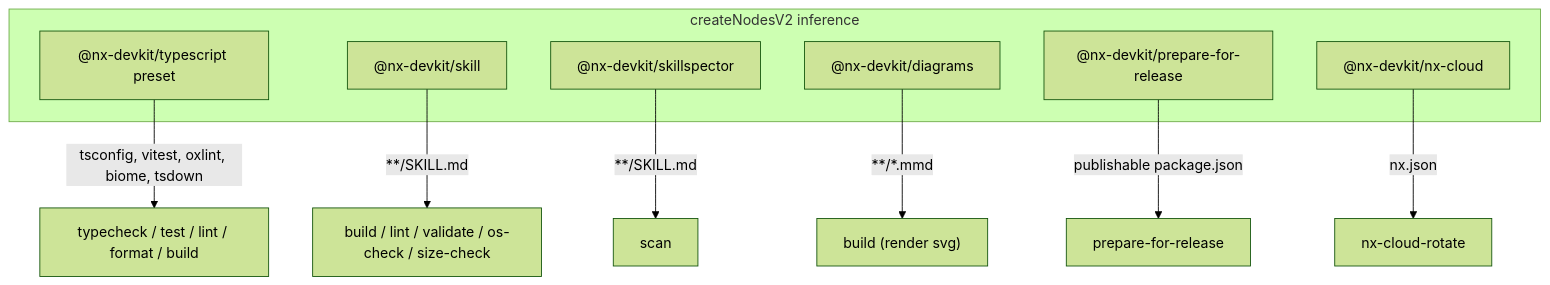
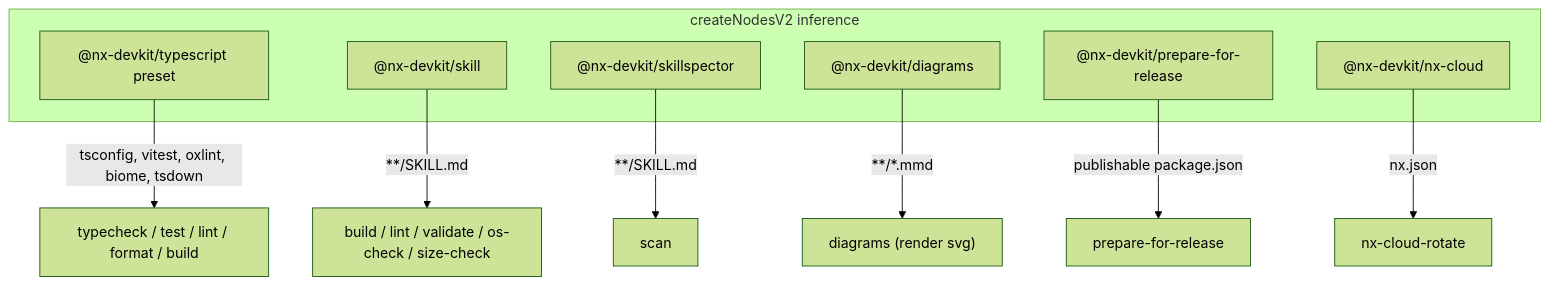
One commit to nx-devkit/nx.ts changed the diagram in docs/diagrams/architecture.mmd. Above: the diagram before and after it, drawn with Mermaid (forest theme). The commit also changed 19 other files, not shown here.

```diff
--- a/docs/diagrams/architecture.mmd
+++ b/docs/diagrams/architecture.mmd
@@ -1,15 +1,15 @@
 graph TD
   subgraph Inference["createNodesV2 inference"]
     TP["@nx-devkit/typescript preset"]
     SK["@nx-devkit/skill"]
     SS["@nx-devkit/skillspector"]
     DG["@nx-devkit/diagrams"]
     PR["@nx-devkit/prepare-for-release"]
     NC["@nx-devkit/nx-cloud"]
   end
   TP -->|tsconfig, vitest, oxlint, biome, tsdown| TG["typecheck / test / lint / format / build"]
   SK -->|"**/SKILL.md"| ST["build / lint / validate / os-check / size-check"]
   SS -->|"**/SKILL.md"| SC["scan"]
-  DG -->|"**/*.mmd"| DR["build (render svg)"]
+  DG -->|"**/*.mmd"| DR["diagrams (render svg)"]
   PR -->|"publishable package.json"| PP["prepare-for-release"]
   NC -->|"nx.json"| NR["nx-cloud-rotate"]
```
